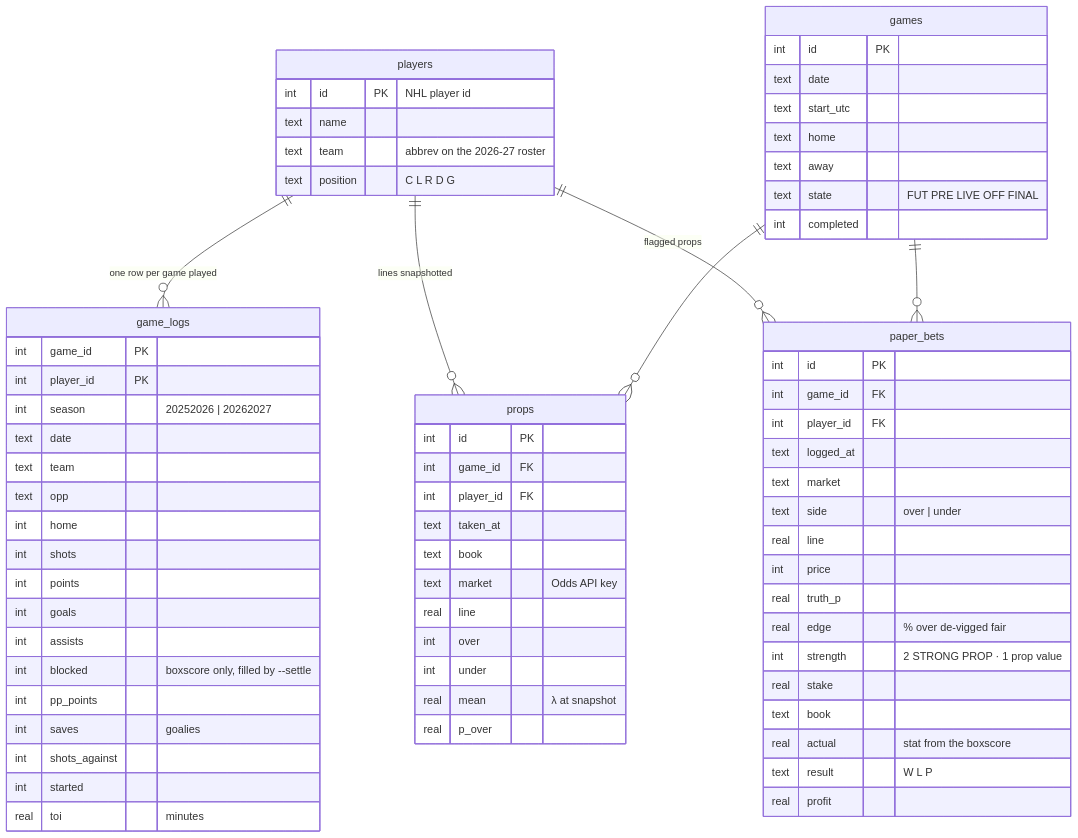
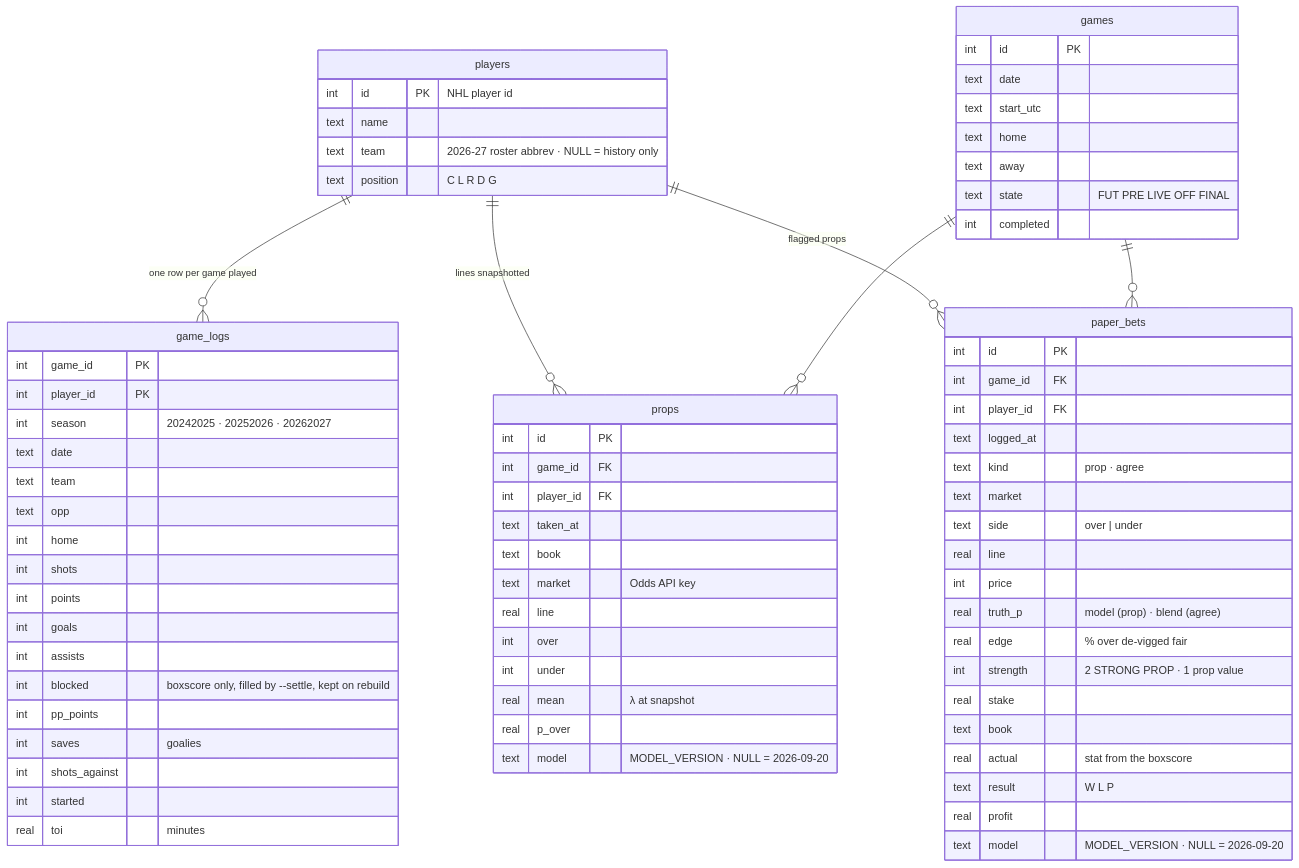
One commit to wbp318/cfb_soccer_nhl_2026_2027 changed diagram 26 of 27 in README.md. Above: the diagram before and after it, drawn with Mermaid. The commit also changed other lines of this file and 10 other files, not shown here.

````diff
--- a/README.md
+++ b/README.md
@@ -1301,73 +1353,76 @@
 ```mermaid
 erDiagram
     players ||--o{ game_logs : "one row per game played"
     players ||--o{ props : "lines snapshotted"
     players ||--o{ paper_bets : "flagged props"
     games ||--o{ props : ""
     games ||--o{ paper_bets : ""
     players {
         int id PK "NHL player id"
         text name
-        text team "abbrev on the 2026-27 roster"
+        text team "2026-27 roster abbrev · NULL = history only"
         text position "C L R D G"
     }
     game_logs {
         int game_id PK
         int player_id PK
-        int season "20252026 | 20262027"
+        int season "20242025 · 20252026 · 20262027"
         text date
         text team
         text opp
         int home
         int shots
         int points
         int goals
         int assists
-        int blocked "boxscore only, filled by --settle"
+        int blocked "boxscore only, filled by --settle, kept on rebuild"
         int pp_points
         int saves "goalies"
         int shots_against
         int started
         real toi "minutes"
     }
     games {
         int id PK
         text date
         text start_utc
         text home
         text away
         text state "FUT PRE LIVE OFF FINAL"
         int completed
     }
     props {
         int id PK
         int game_id FK
         int player_id FK
         text taken_at
         text book
         text market "Odds API key"
         real line
         int over
         int under
         real mean "λ at snapshot"
         real p_over
+        text model "MODEL_VERSION · NULL = 2026-09-20"
     }
     paper_bets {
         int id PK
         int game_id FK
         int player_id FK
         text logged_at
+        text kind "prop · agree"
         text market
         text side "over | under"
         real line
         int price
-        real truth_p
+        real truth_p "model (prop) · blend (agree)"
         real edge "% over de-vigged fair"
         int strength "2 STRONG PROP · 1 prop value"
         real stake
         text book
         real actual "stat from the boxscore"
         text result "W L P"
         real profit
+        text model "MODEL_VERSION · NULL = 2026-09-20"
     }
 ```
````
